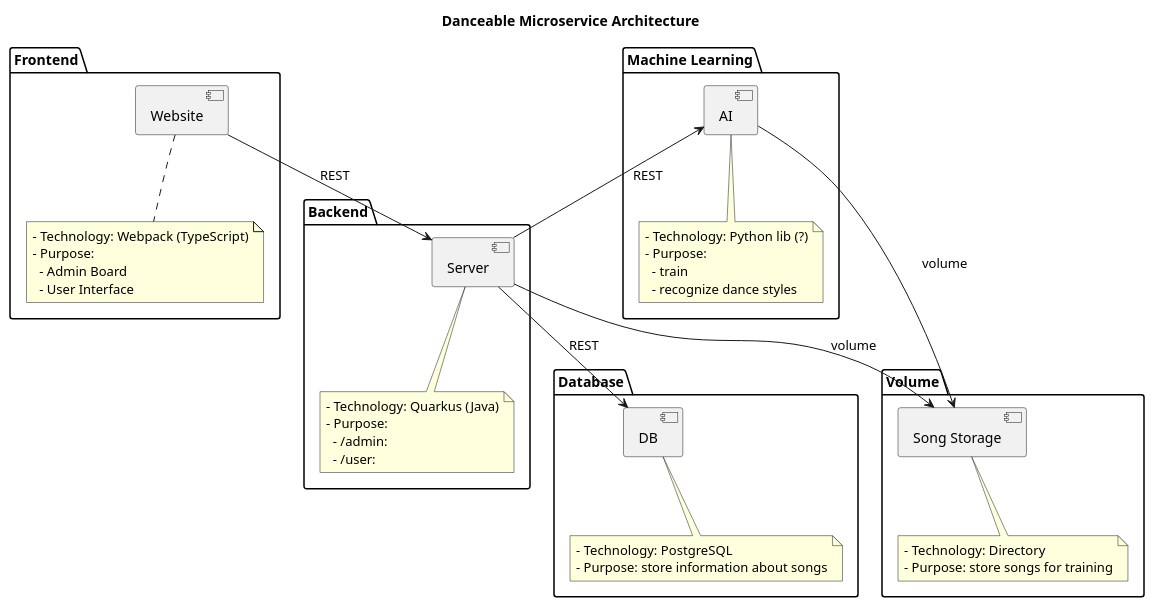
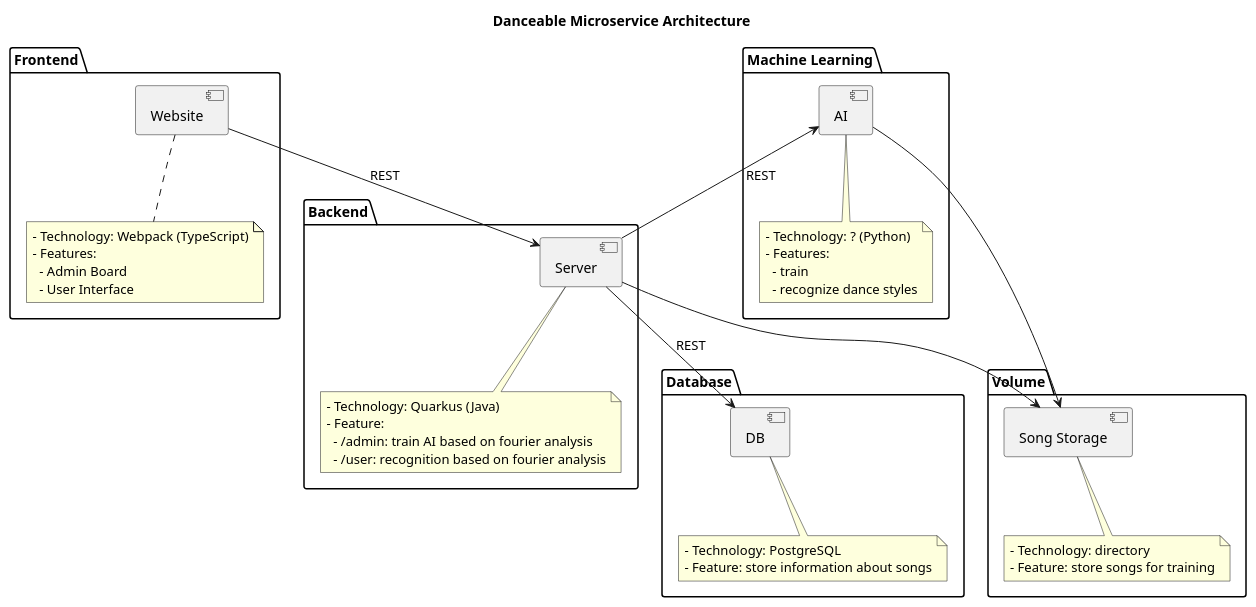
Before and after one commit to 2425-4bhitm-itp/danceable: the diagram in documentation/microservice_architecture.puml, drawn with PlantUML.

Commit message:
MOD[documentation]: backend features added

```diff
--- a/documentation/microservice_architecture.puml
+++ b/documentation/microservice_architecture.puml
@@ -1,55 +1,55 @@
 @startuml
 title Danceable Microservice Architecture
 
 package "Frontend" {
   [Website]
   note bottom of [Website]
       - Technology: Webpack (TypeScript)
-      - Purpose:
+      - Features:
         - Admin Board
         - User Interface
     end note
 }
 
 package "Backend" {
   [Server]
   note bottom of [Server]
       - Technology: Quarkus (Java)
-      - Purpose:
-        - /admin: 
-        - /user: 
+      - Feature:
+        - /admin: train AI based on fourier analysis
+        - /user: recognition based on fourier analysis
     end note
 }
 
 package "Database" {
   [DB]
   note bottom of [DB]
       - Technology: PostgreSQL
-      - Purpose: store information about songs
+      - Feature: store information about songs
     end note
 }
 
 package "Volume" {
   [Song Storage]
   note bottom of [Song Storage]
-      - Technology: Directory
-      - Purpose: store songs for training
+      - Technology: directory
+      - Feature: store songs for training
     end note
 }
 
 package "Machine Learning" {
   [AI]
   note bottom of [AI]
-      - Technology: Python lib (?)
-      - Purpose:
+      - Technology: ? (Python)
+      - Features:
         - train
         - recognize dance styles
     end note
 }
 
 [Website] --> [Server] : REST
 [Server] --> [DB] : REST
 [Server] -up-> [AI] : REST
-[Server] --> [Song Storage] : volume
-[AI] --> [Song Storage] : volume
+[Server] --> [Song Storage]
+[AI] --> [Song Storage]
 @enduml
```
